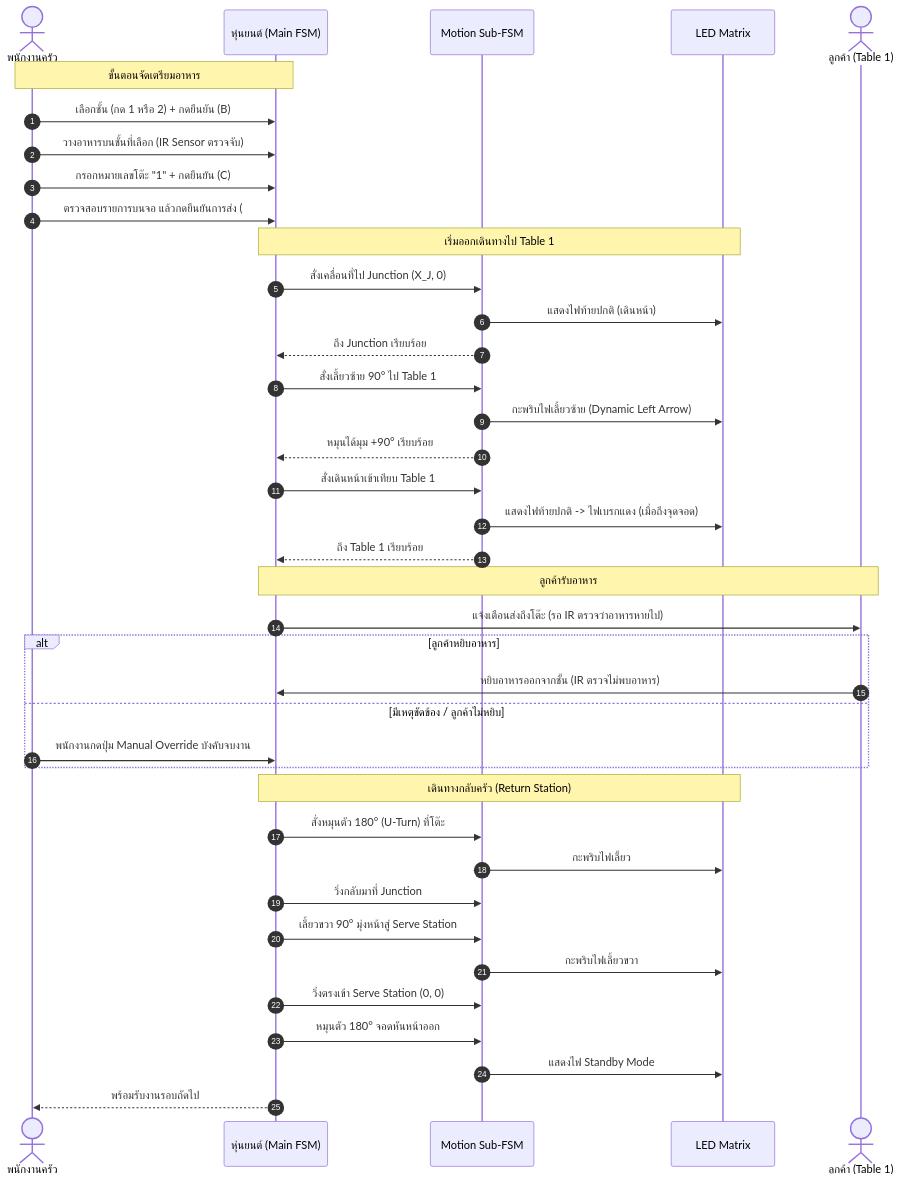
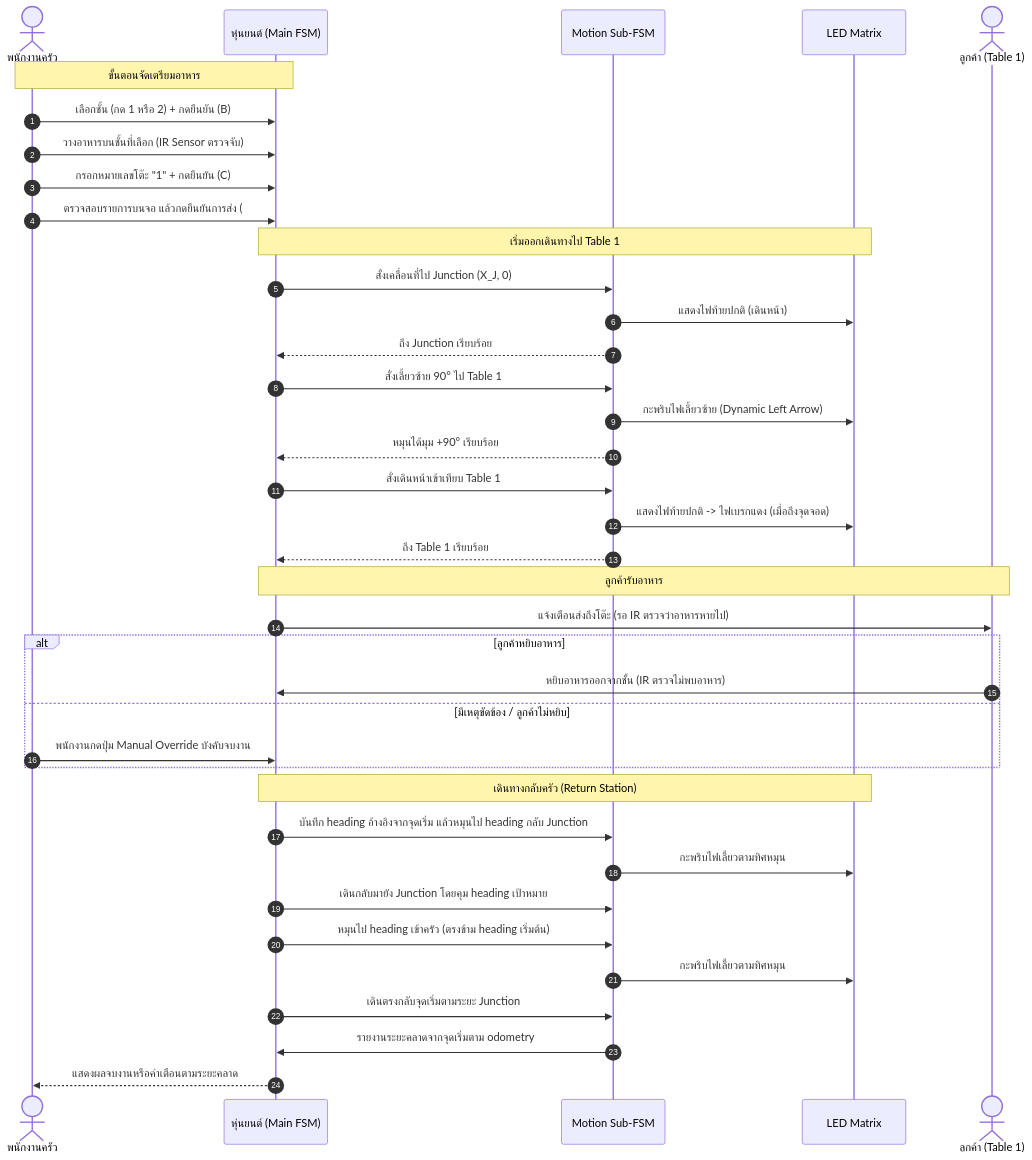
One commit to AungpaoK/EmbeddedProj changed the diagram in docs/scenario.md. Above: the diagram before and after it, drawn with Mermaid. The commit also changed other lines of this file, not shown here.

Commit message:
Document scripted scenario heading correction

````diff
--- a/docs/scenario.md
+++ b/docs/scenario.md
@@ -45,47 +45,46 @@
 ```mermaid
 sequenceDiagram
     autonumber
     actor Staff as พนักงานครัว
     participant Robot as หุ่นยนต์ (Main FSM)
     participant Motion as Motion Sub-FSM
     participant LED as LED Matrix
     actor Customer as ลูกค้า (Table 1)
 
     Note over Staff,Robot: ขั้นตอนจัดเตรียมอาหาร
     Staff->>Robot: เลือกชั้น (กด 1 หรือ 2) + กดยืนยัน (B)
     Staff->>Robot: วางอาหารบนชั้นที่เลือก (IR Sensor ตรวจจับ)
     Staff->>Robot: กรอกหมายเลขโต๊ะ "1" + กดยืนยัน (C)
     Staff->>Robot: ตรวจสอบรายการบนจอ แล้วกดยืนยันการส่ง (#)
 
     Note over Robot,LED: เริ่มออกเดินทางไป Table 1
     Robot->>Motion: สั่งเคลื่อนที่ไป Junction (X_J, 0)
     Motion->>LED: แสดงไฟท้ายปกติ (เดินหน้า)
     Motion-->>Robot: ถึง Junction เรียบร้อย
 
     Robot->>Motion: สั่งเลี้ยวซ้าย 90° ไป Table 1
     Motion->>LED: กะพริบไฟเลี้ยวซ้าย (Dynamic Left Arrow)
     Motion-->>Robot: หมุนได้มุม +90° เรียบร้อย
 
     Robot->>Motion: สั่งเดินหน้าเข้าเทียบ Table 1
     Motion->>LED: แสดงไฟท้ายปกติ -> ไฟเบรกแดง (เมื่อถึงจุดจอด)
     Motion-->>Robot: ถึง Table 1 เรียบร้อย
 
     Note over Robot,Customer: ลูกค้ารับอาหาร
     Robot->>Customer: แจ้งเตือนส่งถึงโต๊ะ (รอ IR ตรวจว่าอาหารหายไป)
     alt ลูกค้าหยิบอาหาร
         Customer->>Robot: หยิบอาหารออกจากชั้น (IR ตรวจไม่พบอาหาร)
     else มีเหตุขัดข้อง / ลูกค้าไม่หยิบ
         Staff->>Robot: พนักงานกดปุ่ม Manual Override บังคับจบงาน
     end
 
     Note over Robot,LED: เดินทางกลับครัว (Return Station)
-    Robot->>Motion: สั่งหมุนตัว 180° (U-Turn) ที่โต๊ะ
-    Motion->>LED: กะพริบไฟเลี้ยว
-    Robot->>Motion: วิ่งกลับมาที่ Junction
-    Robot->>Motion: เลี้ยวขวา 90° มุ่งหน้าสู่ Serve Station
-    Motion->>LED: กะพริบไฟเลี้ยวขวา
-    Robot->>Motion: วิ่งตรงเข้า Serve Station (0, 0)
-    Robot->>Motion: หมุนตัว 180° จอดหันหน้าออก
-    Motion->>LED: แสดงไฟ Standby Mode
-    Robot-->>Staff: พร้อมรับงานรอบถัดไป
+    Robot->>Motion: บันทึก heading อ้างอิงจากจุดเริ่ม แล้วหมุนไป heading กลับ Junction
+    Motion->>LED: กะพริบไฟเลี้ยวตามทิศหมุน
+    Robot->>Motion: เดินกลับมายัง Junction โดยคุม heading เป้าหมาย
+    Robot->>Motion: หมุนไป heading เข้าครัว (ตรงข้าม heading เริ่มต้น)
+    Motion->>LED: กะพริบไฟเลี้ยวตามทิศหมุน
+    Robot->>Motion: เดินตรงกลับจุดเริ่มตามระยะ Junction
+    Motion->>Robot: รายงานระยะคลาดจากจุดเริ่มตาม odometry
+    Robot-->>Staff: แสดงผลจบงานหรือคำเตือนตามระยะคลาด
 ```
````
